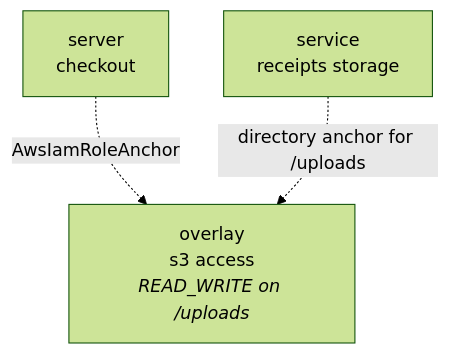
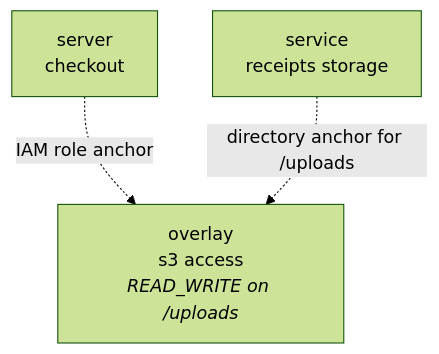
The diagram in apps/octo-docs/docs/fundamentals/overlays.mdx (quadnix/octo), drawn with Mermaid (forest theme) before and after one commit. The commit also changed other lines of this file and 22 other files, not shown here.

````diff
--- a/apps/octo-docs/docs/fundamentals/overlays.mdx
+++ b/apps/octo-docs/docs/fundamentals/overlays.mdx
@@ -21,9 +19,9 @@
 ```mermaid
 graph TD
 ;
     server["server<br/>checkout"];
     service["service<br/>receipts storage"];
     overlay["overlay<br/>s3 access<br/><i>READ_WRITE on /uploads</i>"];
-    server -. " AwsIamRoleAnchor " .-> overlay;
+    server -. " IAM role anchor " .-> overlay;
     service -. " directory anchor for /uploads " .-> overlay;
 ```
````
